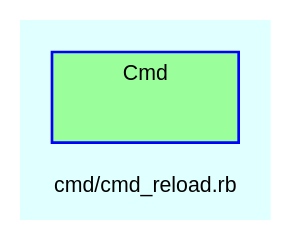
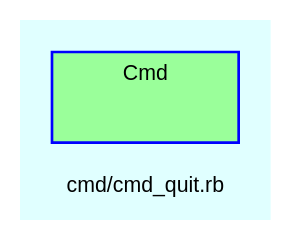
Before and after one commit to Tyche/teensymud: the diagram in doc/dot/f_15.dot, drawn with Graphviz. The commit also changed 92 other files, not shown here.

```diff
--- a/doc/dot/f_15.dot
+++ b/doc/dot/f_15.dot
@@ -1,29 +1,29 @@
 digraph TopLevel {
     compound = true
     bgcolor = lightcyan1
     fontname = Arial
     fontsize = 8
-    label = "cmd/cmd_reload.rb"
+    label = "cmd/cmd_quit.rb"
     node [
         fontname = Arial,
         fontsize = 8,
         color = black
     ]
 
     subgraph cluster_Cmd {
         fillcolor = palegreen1
         URL = "classes/Cmd.html"
         fontname = Arial
         color = blue
         label = "Cmd"
         style = filled
         Cmd [
             shape = plaintext,
             height = 0.01,
             width = 0.75,
             label = ""
         ]
 
     }
 
 }
```
